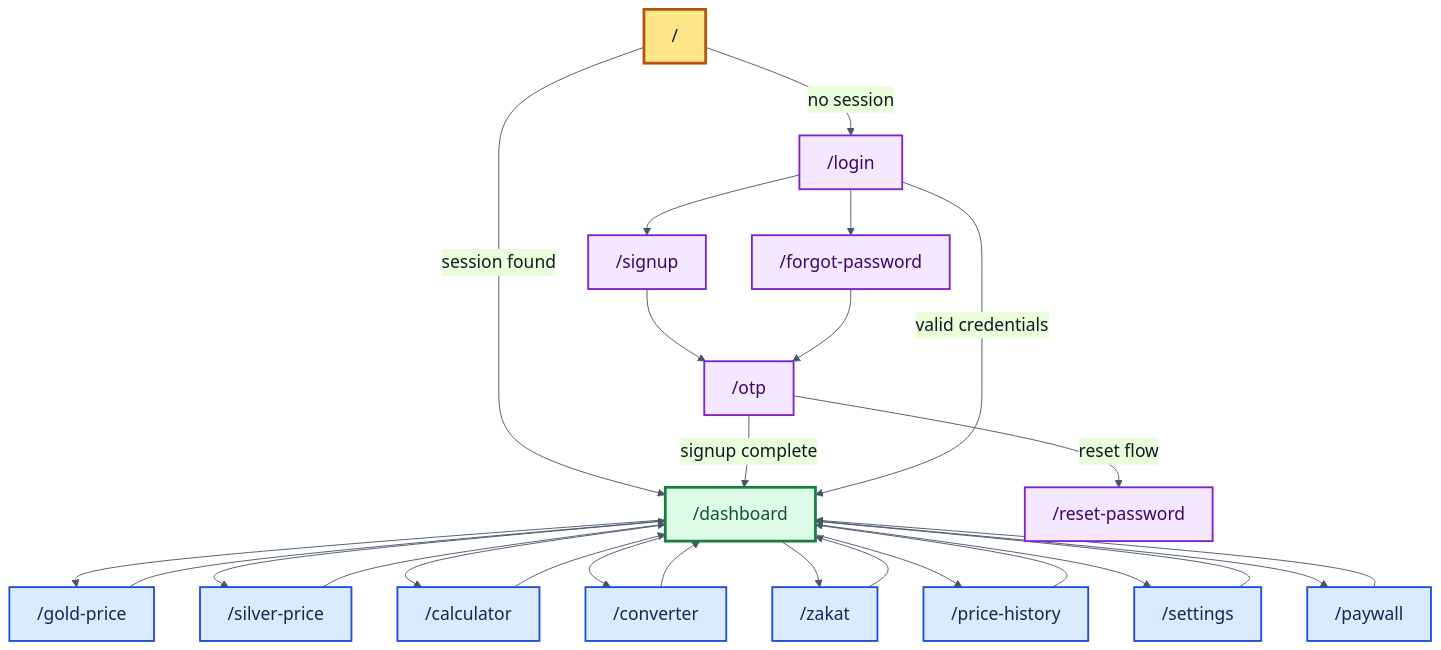
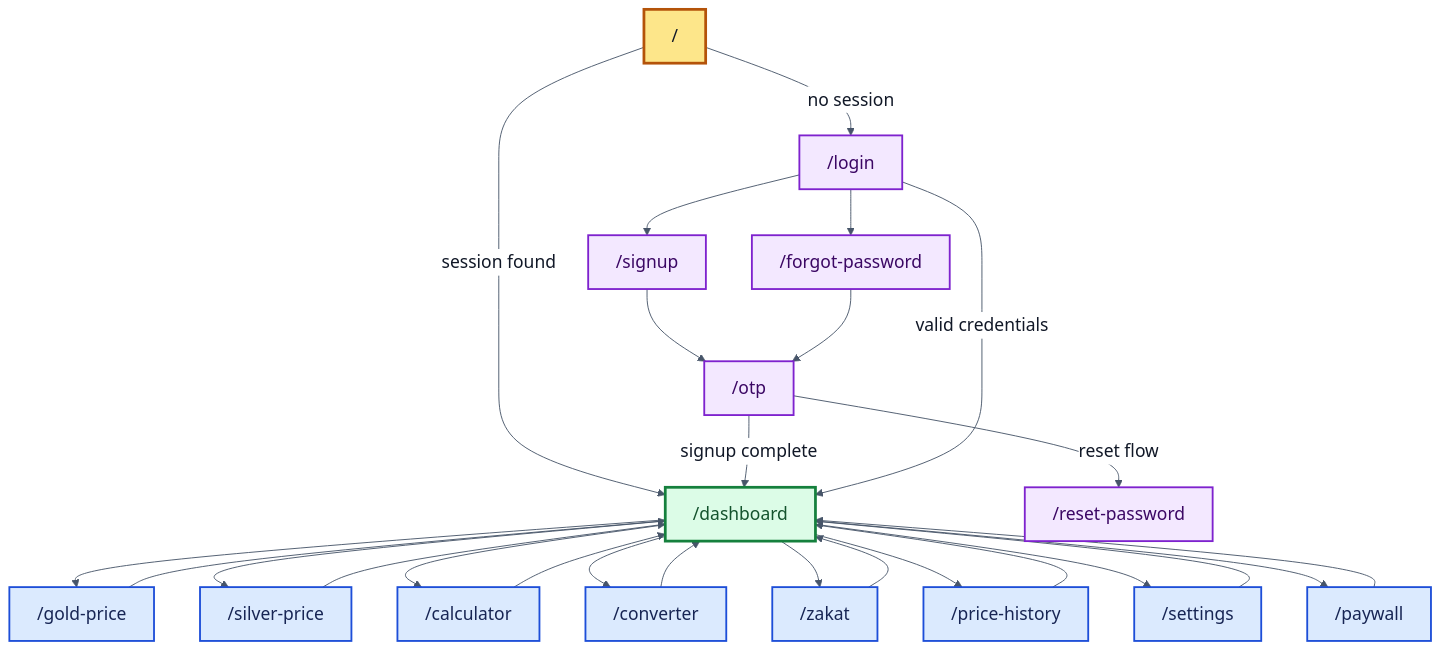
The third of 8 diagrams in README.md (Rihabz1/Swarnakar), drawn with Mermaid before and after one commit. The commit also changed other lines of this file, not shown here.

```diff
--- a/README.md
+++ b/README.md
@@ -228,40 +228,40 @@
 ~~~mermaid
-%%{init: {"theme":"base","themeVariables":{"fontSize":"19px","fontFamily":"Arial","primaryColor":"#DBEAFE","primaryTextColor":"#111827","primaryBorderColor":"#1D4ED8","lineColor":"#475569","clusterBkg":"#F8FAFC","clusterBorder":"#94A3B8"}}}%%
+%%{init: {"theme":"base","themeVariables":{"darkMode":false,"background":"#FFFFFF","fontSize":"19px","fontFamily":"Arial","textColor":"#111827","primaryColor":"#DBEAFE","primaryTextColor":"#111827","primaryBorderColor":"#1D4ED8","secondaryTextColor":"#111827","tertiaryTextColor":"#111827","lineColor":"#475569","edgeLabelBackground":"#FFFFFF","clusterBkg":"#F8FAFC","clusterBorder":"#94A3B8","clusterTextColor":"#111827","titleColor":"#111827"}}}%%
 flowchart TB
     Splash["/"] -->|session found| Dashboard["/dashboard"]
     Splash -->|no session| Login["/login"]
     Login --> Signup["/signup"]
     Login --> Forgot["/forgot-password"]
     Signup --> OTP["/otp"]
     Forgot --> OTP
     OTP -->|reset flow| Reset["/reset-password"]
     OTP -->|signup complete| Dashboard
     Login -->|valid credentials| Dashboard
 
     Dashboard --> Gold["/gold-price"]
     Dashboard --> Silver["/silver-price"]
     Dashboard --> Calc["/calculator"]
     Dashboard --> Convert["/converter"]
     Dashboard --> Zakat["/zakat"]
     Dashboard --> History["/price-history"]
     Dashboard --> Settings["/settings"]
     Dashboard --> Paywall["/paywall"]
 
     Gold --> Dashboard
     Silver --> Dashboard
     Calc --> Dashboard
     Convert --> Dashboard
     Zakat --> Dashboard
     History --> Dashboard
     Settings --> Dashboard
     Paywall --> Dashboard
 
     classDef entry fill:#FDE68A,stroke:#B45309,color:#111827,stroke-width:3px;
     classDef auth fill:#F3E8FF,stroke:#7E22CE,color:#3B0764,stroke-width:2px;
     classDef home fill:#DCFCE7,stroke:#15803D,color:#14532D,stroke-width:3px;
     classDef feature fill:#DBEAFE,stroke:#1D4ED8,color:#172554,stroke-width:2px;
     class Splash entry;
     class Login,Signup,Forgot,OTP,Reset auth;
     class Dashboard home;
     class Gold,Silver,Calc,Convert,Zakat,History,Settings,Paywall feature;
 ~~~
```
